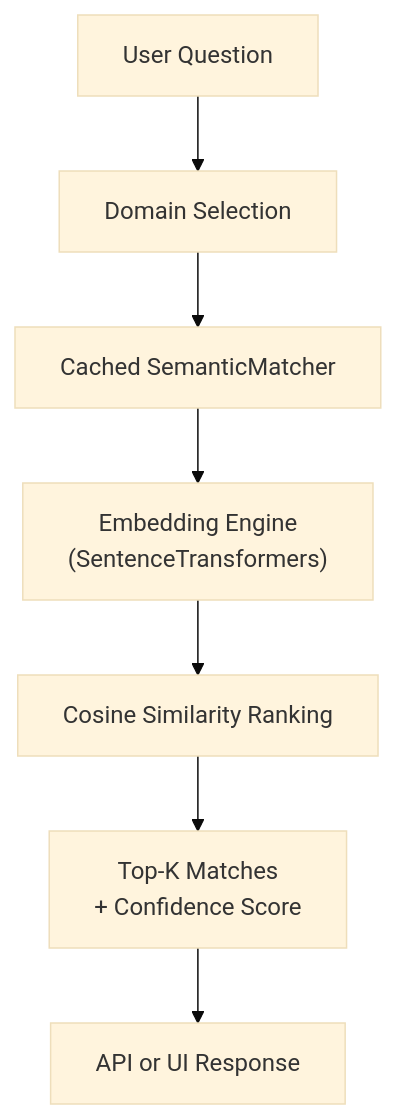
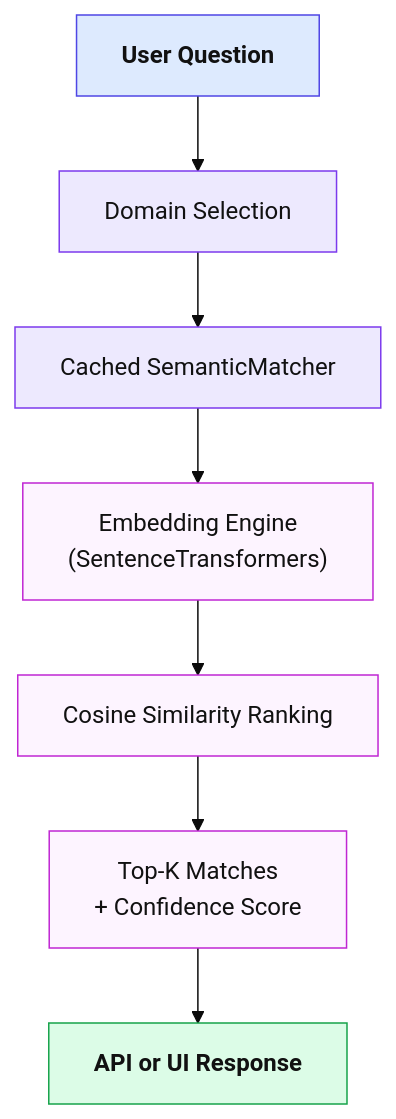
The diagram in README.md (Conyekp2/semanticMatch), drawn with Mermaid (base theme) before and after one commit.

Commit message:
Update README and Streamlit UI

````diff
--- a/README.md
+++ b/README.md
@@ -60,9 +60,27 @@
 ```mermaid
 flowchart TD
-    A[User Question] --> B[Domain Selection]
-    B --> C[Cached SemanticMatcher]
-    C --> D["Embedding Engine<br> (SentenceTransformers)"]
-    D --> E[Cosine Similarity Ranking]
-    E --> F["Top-K Matches<br> + Confidence Score"]
-    F --> G[API or UI Response]
+
+    %% ===========================
+    %% STYLING
+    %% ===========================
+    classDef input fill:#DDEAFE,stroke:#4F46E5,stroke-width:1px,color:#111,font-weight:bold;
+    classDef process fill:#EDE9FE,stroke:#7C3AED,stroke-width:1px,color:#111;
+    classDef logic fill:#FDF4FF,stroke:#C026D3,stroke-width:1px,color:#111;
+    classDef output fill:#DCFCE7,stroke:#16A34A,stroke-width:1px,color:#111,font-weight:bold;
+
+    %% ===========================
+    %% NODES
+    %% ===========================
+    A[User Question]:::input
+    B[Domain Selection]:::process
+    C[Cached SemanticMatcher]:::process
+    D["Embedding Engine\n(SentenceTransformers)"]:::logic
+    E[Cosine Similarity Ranking]:::logic
+    F["Top-K Matches\n+ Confidence Score"]:::logic
+    G[API or UI Response]:::output
+
+    %% ===========================
+    %% FLOW
+    %% ===========================
+    A --> B --> C --> D --> E --> F --> G
   ```
````
